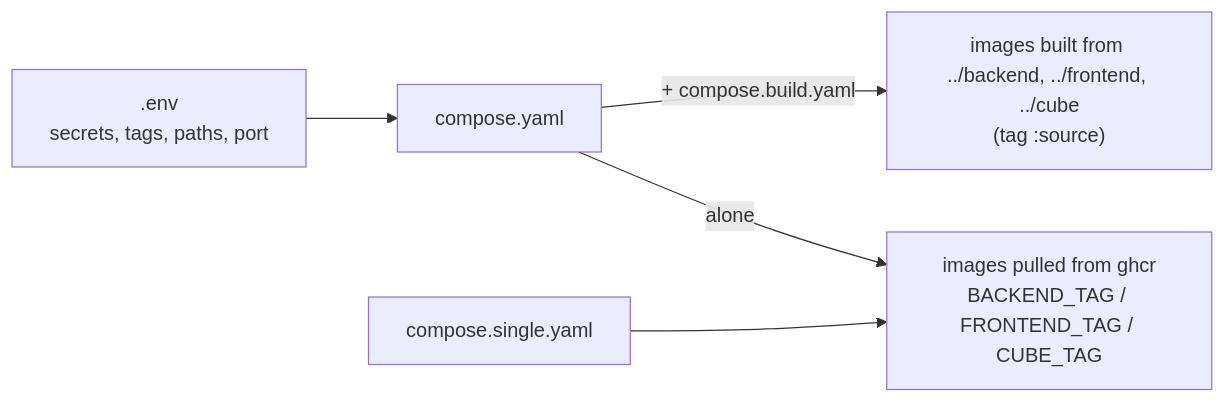
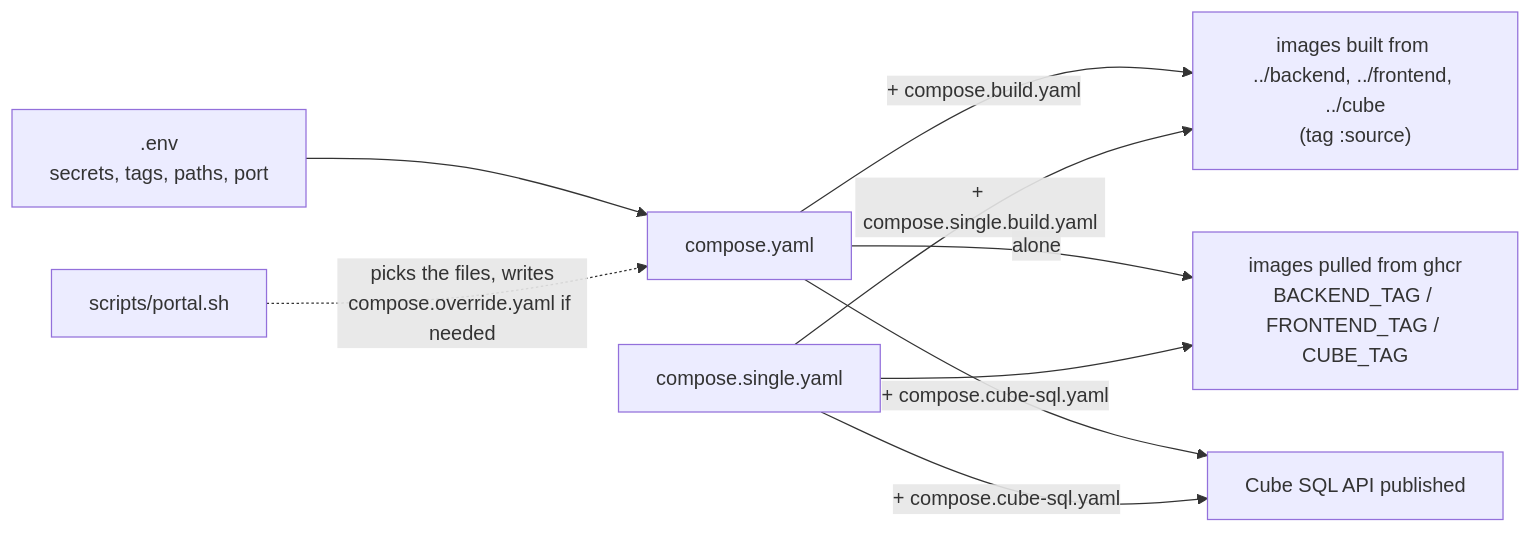
The second of 8 diagrams in docs/DEVELOPER_GUIDE.md (omaryehia015/capgemini-dbt-portal-deploy), drawn with Mermaid before and after one commit. The commit also changed other lines of this file and 88 other files, not shown here.

Commit message:
Add client install modes, Helm chart, OCI chart and release automation

````diff
--- a/docs/DEVELOPER_GUIDE.md
+++ b/docs/DEVELOPER_GUIDE.md
@@ -62,7 +68,10 @@
 ```mermaid
 flowchart LR
   ENV[".env<br/>secrets, tags, paths, port"] --> C["compose.yaml"]
   C -->|"+ compose.build.yaml"| SRC["images built from ../backend, ../frontend, ../cube<br/>(tag :source)"]
   C -->|"alone"| PULL["images pulled from ghcr<br/>BACKEND_TAG / FRONTEND_TAG / CUBE_TAG"]
   S["compose.single.yaml"] --> PULL
+  S -->|"+ compose.single.build.yaml"| SRC
+  C & S -->|"+ compose.cube-sql.yaml"| SQL["Cube SQL API published"]
+  P["scripts/portal.sh"] -.->|"picks the files, writes<br/>compose.override.yaml if needed"| C
 ```
````
